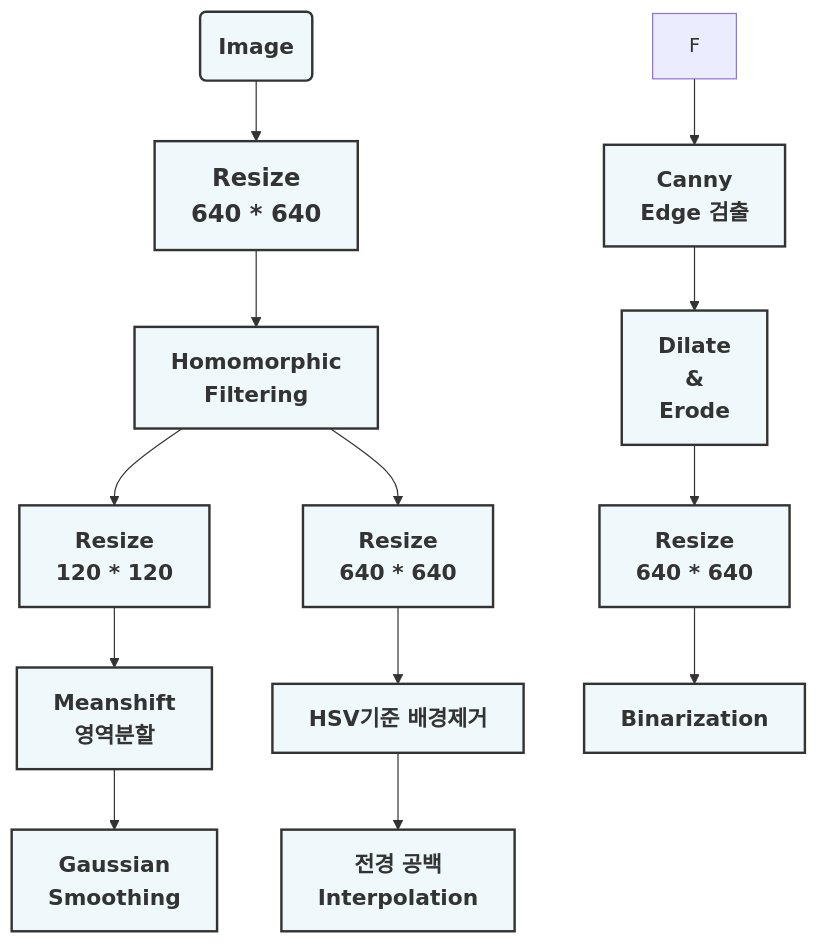
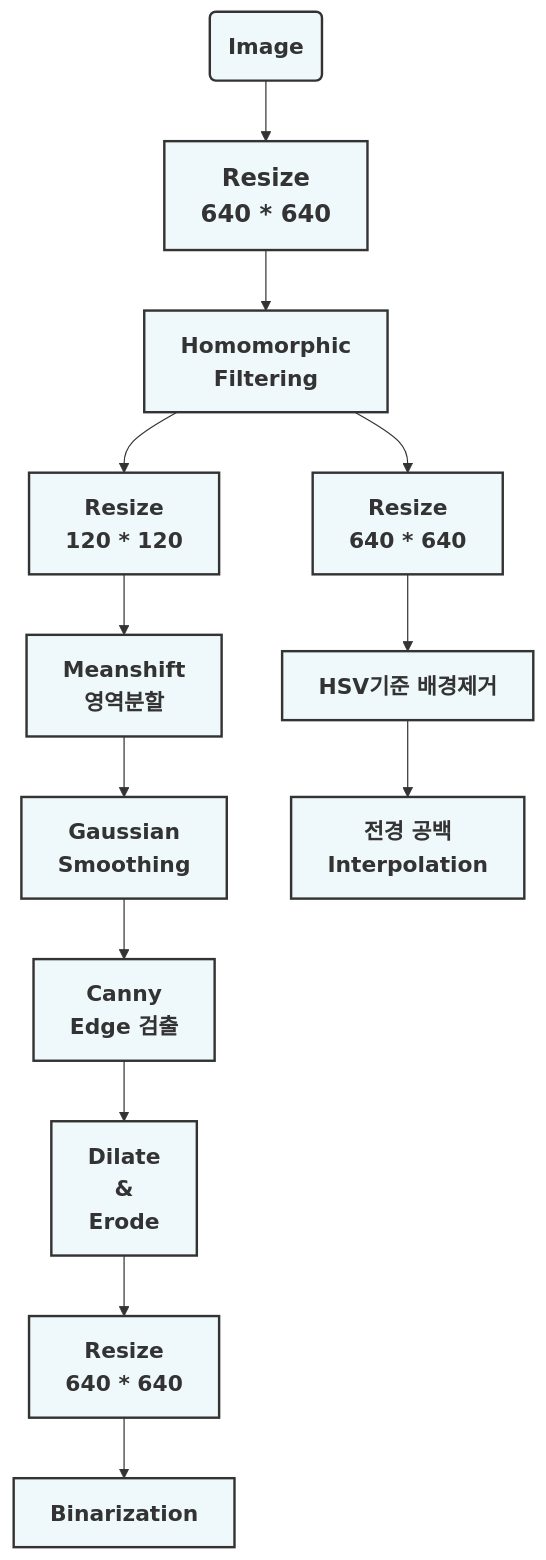
Before and after one commit to 201710808/-p: the second of 2 diagrams in Readme.md, drawn with Mermaid.

````diff
--- a/Readme.md
+++ b/Readme.md
@@ -13,32 +13,32 @@
 ```mermaid
 graph
 A(<b><span style='font-size:18px'>Image</span></b>)-->B[<b><span style='font-size:20px'>Resize<br>640 * 640</span></b>]
 B-->C[<b><span style='font-size:18px'>Homomorphic<br>Filtering</span></b>]
 C-->D1[<b><span style='font-size:18px'>Resize<br>120 * 120</span></b>]
 D1-->E1[<b><span style='font-size:18px'>Meanshift<br>영역분할</span></b>]
 E1-->F1[<b><span style='font-size:18px'>Gaussian<br>Smoothing</span></b>]
-F-->G[<b><span style='font-size:18px'>Canny<br>Edge 검출</span></b>]
+F1-->G[<b><span style='font-size:18px'>Canny<br>Edge 검출</span></b>]
 G-->H[<b><span style='font-size:18px'>Dilate<br>&<br>Erode</span></b>]
 H-->I[<b><span style='font-size:18px'>Resize<br>640 * 640</span></b>]
 I-->J[<b><span style='font-size:18px'>Binarization</span></b>]
 
 C-->D2[<b><span style='font-size:18px'>Resize<br>640 * 640</span></b>]
 D2-->E2[<b><span style='font-size:18px'>HSV기준 배경제거</span></b>]
 E2-->F2[<b><span style='font-size:18px'>전경 공백<br>Interpolation</span></b>]
 
 
 style A fill:#EFF8FB ,stroke:#333,stroke-width:2px
 style B fill:#EFF8FB ,stroke:#333,stroke-width:2px
 style C fill:#EFF8FB ,stroke:#333,stroke-width:2px
 style D1 fill:#EFF8FB ,stroke:#333,stroke-width:2px
 style E1 fill:#EFF8FB ,stroke:#333,stroke-width:2px
 style F1 fill:#EFF8FB ,stroke:#333,stroke-width:2px
 style G fill:#EFF8FB ,stroke:#333,stroke-width:2px
 style H fill:#EFF8FB ,stroke:#333,stroke-width:2px
 style I fill:#EFF8FB ,stroke:#333,stroke-width:2px
 style J fill:#EFF8FB ,stroke:#333,stroke-width:2px
 
 style D2 fill:#EFF8FB ,stroke:#333,stroke-width:2px
 style E2 fill:#EFF8FB ,stroke:#333,stroke-width:2px
 style F2 fill:#EFF8FB ,stroke:#333,stroke-width:2px
 ```
````
